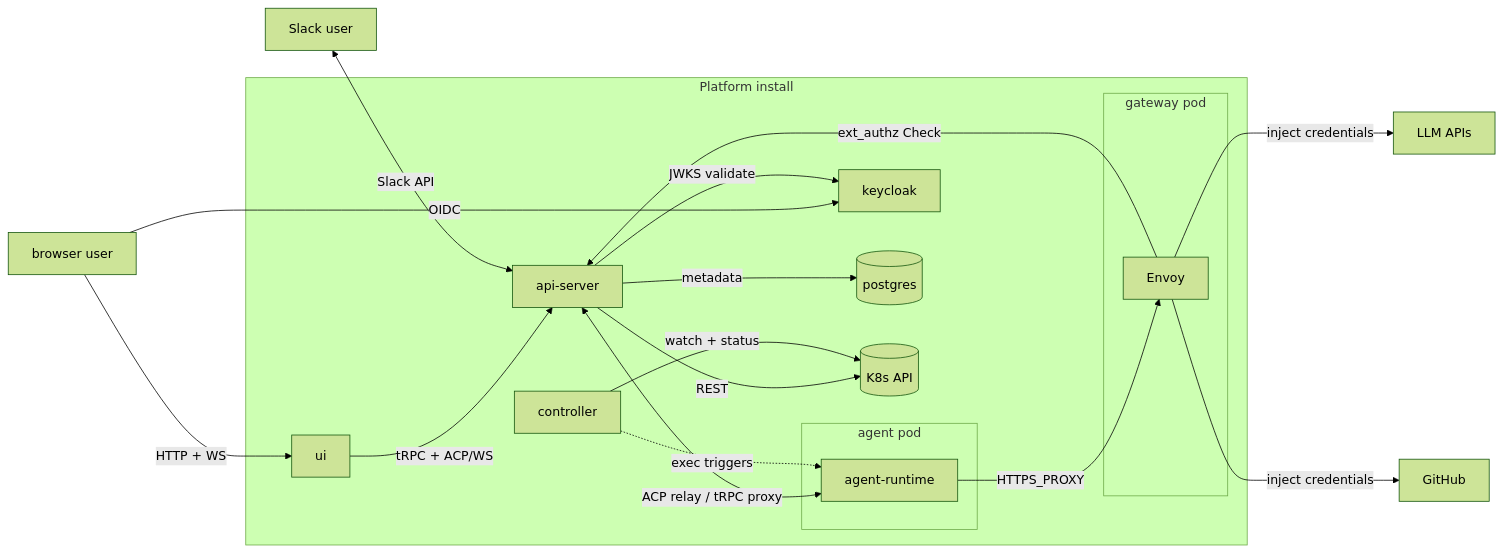
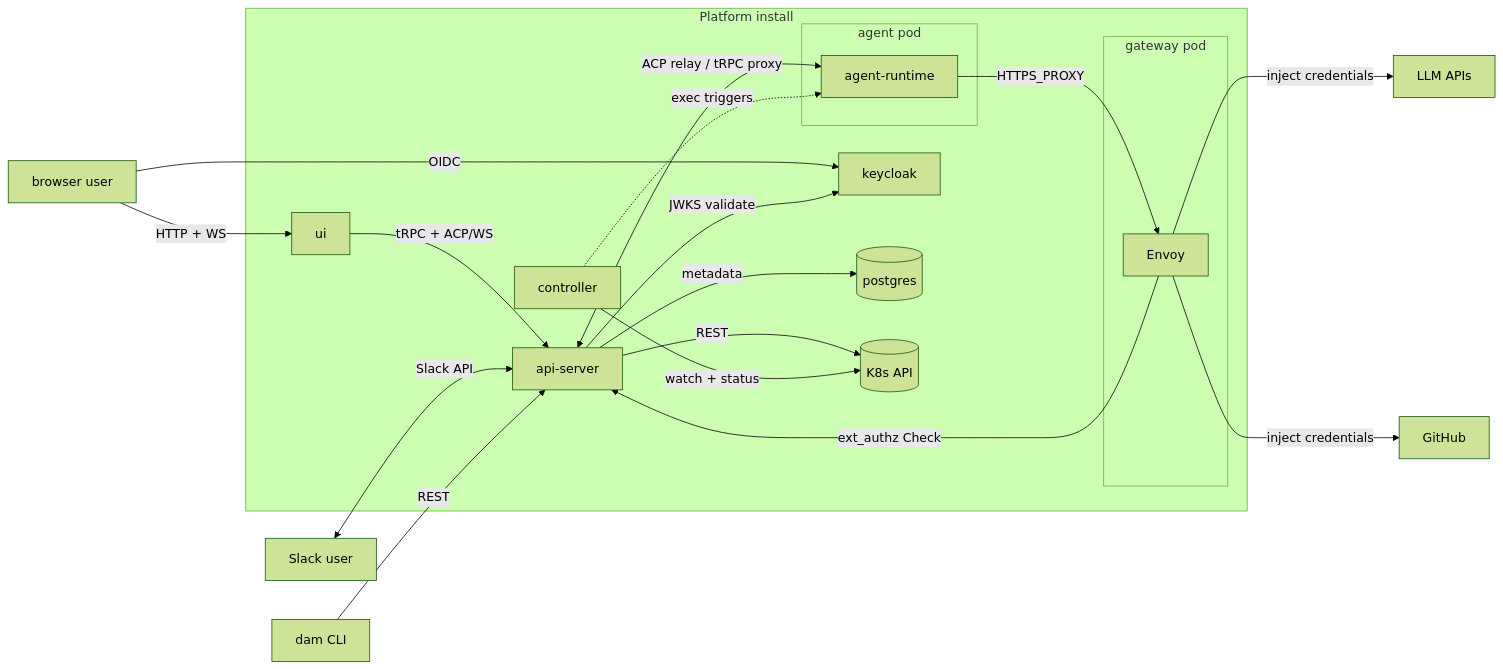
Before and after one commit to dam-agents/dam: the diagram in docs/architecture.md, drawn with Mermaid (forest theme). The commit also changed 1 other file, not shown here.

Commit message:
docs(arch): add CLI to system-context diagram and api-server port surface
Carry-over Humr suggestions from the PR #121 reviews — non-blocking but
real gaps now that the CLI is a first-class external client:

- `architecture.md` — system-context Mermaid diagram now includes the
  `dam CLI` as an external actor connecting to the api-server (REST).
  Matches the existing `slack-user`/`user` pattern for in-bound clients.
- `architecture/platform-topology.md` — the api-server "Public port"
  bullet now lists `version` alongside `health`, with a one-sentence
  note that the endpoint is unauthenticated and powers the CLI's
  compatibility-floor check. `Last verified` bumped to 2026-05-07.

````diff
--- a/docs/architecture.md
+++ b/docs/architecture.md
@@ -7,41 +7,44 @@
 ```mermaid
 flowchart LR
   user[browser user]
   slack-user[Slack user]
+  cli[dam CLI]
   llm[LLM APIs]
   github[GitHub]
 
   subgraph cluster[Platform install]
     ui[ui]
     api-server[api-server]
     controller[controller]
     keycloak[keycloak]
     postgres[(postgres)]
     k8s-api[(K8s API)]
     subgraph agentpod[agent pod]
       agent-runtime
     end
     subgraph gatewaypod[gateway pod]
       envoy[Envoy]
     end
   end
 
   user -->|HTTP + WS| ui
   ui -->|tRPC + ACP/WS| api-server
   user -->|OIDC| keycloak
 
   slack-user <-->|Slack API| api-server
 
+  cli -->|REST| api-server
+
   api-server <-->|ACP relay / tRPC proxy| agent-runtime
   api-server -->|REST| k8s-api
   api-server -->|JWKS validate| keycloak
   api-server -->|metadata| postgres
 
   controller -->|watch + status| k8s-api
   controller -.exec triggers.-> agent-runtime
 
   agent-runtime -->|HTTPS_PROXY| envoy
   envoy -->|ext_authz Check| api-server
   envoy -->|inject credentials| llm
   envoy -->|inject credentials| github
 ```
````
